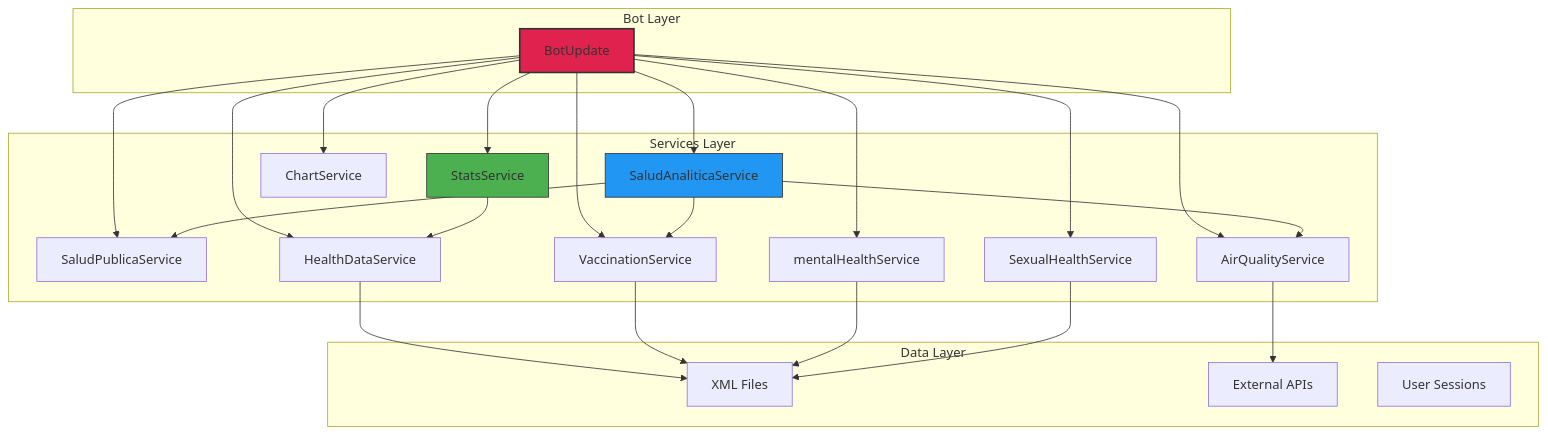
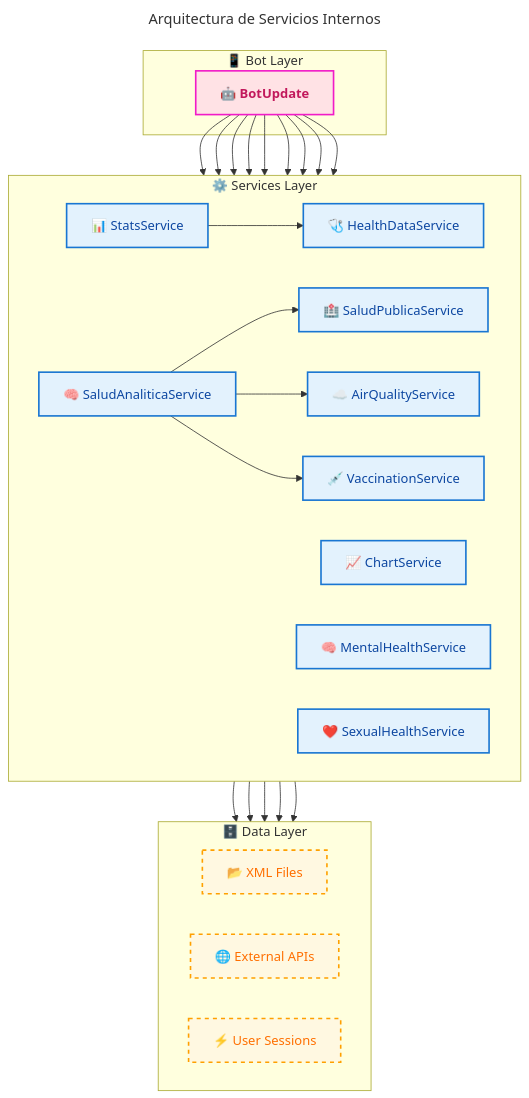
Before and after one commit to RubenDarioGuerreroNeira/Ecosistema-IA-Colombia: the third of 4 diagrams in DOCUMENTACION_TECNICA.md, drawn with Mermaid. The commit also changed other lines of this file and 2 other files, not shown here.

Commit message:
Docs(diagrams): Improve mermaid diagrams with modern styling and titles

````diff
--- a/DOCUMENTACION_TECNICA.md
+++ b/DOCUMENTACION_TECNICA.md
@@ -153,48 +166,48 @@
 ```mermaid
+---
+title: Arquitectura de Servicios Internos
+---
 graph TD
-    subgraph "Bot Layer"
-        BotUpdate[BotUpdate]
+    classDef layer fill:#f8f9fa,stroke:#dee2e6,stroke-width:2px,color:#495057
+    classDef bot fill:#ffe2e5,stroke:#f11bc7,stroke-width:2px,color:#c2185b,font-weight:bold
+    classDef service fill:#e3f2fd,stroke:#1976d2,stroke-width:2px,color:#0d47a1
+    classDef data fill:#fff8e1,stroke:#ffa000,stroke-width:2px,color:#ff6f00,stroke-dasharray: 5 5
+
+    subgraph BotLayer ["📱 Bot Layer"]
+        BotUpdate[🤖 BotUpdate]:::bot
     end
 
-    subgraph "Services Layer"
-        Stats[StatsService]
-        SaludPublica[SaludPublicaService]
-        SaludAnalitica[SaludAnaliticaService]
-        AirQuality[AirQualityService]
-        Chart[ChartService]
-        HealthData[HealthDataService]
-        Mental[mentalHealthService]
-        Sexual[SexualHealthService]
-        Vaccination[VaccinationService]
+    subgraph ServicesLayer ["⚙️ Services Layer"]
+        direction LR
+        Stats[📊 StatsService]:::service
+        SaludPublica[🏥 SaludPublicaService]:::service
+        SaludAnalitica[🧠 SaludAnaliticaService]:::service
+        AirQuality[☁️ AirQualityService]:::service
+        Chart[📈 ChartService]:::service
+        HealthData[🩺 HealthDataService]:::service
+        Mental[🧠 MentalHealthService]:::service
+        Sexual[❤️ SexualHealthService]:::service
+        Vaccination[💉 VaccinationService]:::service
     end
 
-    subgraph "Data Layer"
-        XML[XML Files]
-        API[External APIs]
-        Redis[User Sessions]
+    subgraph DataLayer ["🗄️ Data Layer"]
+        direction LR
+        XML[📂 XML Files]:::data
+        API[🌐 External APIs]:::data
+        Redis[⚡ User Sessions]:::data
     end
 
-    BotUpdate --> Stats
-    BotUpdate --> SaludPublica
-    BotUpdate --> SaludAnalitica
-    BotUpdate --> AirQuality
-    BotUpdate --> Chart
-    BotUpdate --> HealthData
-    BotUpdate --> Mental
-    BotUpdate --> Sexual
-    BotUpdate --> Vaccination
+    %% Enrutamiento Principal
+    BotUpdate --> Stats & SaludPublica & SaludAnalitica & AirQuality & Chart & HealthData & Mental & Sexual & Vaccination
 
+    %% Dependencias de Servicios
     Stats --> HealthData
-    SaludAnalitica --> SaludPublica
-    SaludAnalitica --> AirQuality
-    SaludAnalitica --> Vaccination
+    SaludAnalitica --> SaludPublica & AirQuality & Vaccination
+    
+    %% Acceso a Datos
     HealthData --> XML
-    AirQuality --> API
-    Vaccination --> XML
     Mental --> XML
     Sexual --> XML
-
-    style BotUpdate fill:#E0234E,stroke:#333,stroke-width:2px
-    style Stats fill:#4CAF50,stroke:#333,stroke-width:1px
-    style SaludAnalitica fill:#2196F3,stroke:#333,stroke-width:1px
+    Vaccination --> XML
+    AirQuality --> API
 ```
````
